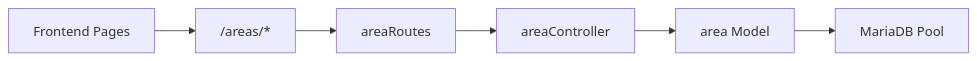
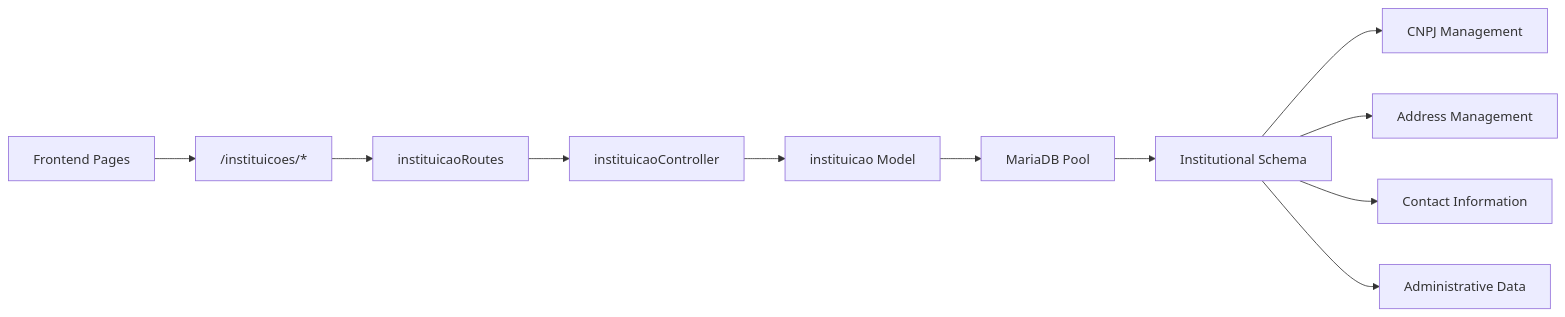
One commit to luiseduacosta/nodemural changed the sixth of 6 diagrams in .qoder/repowiki/en/content/Core Features Implementation/Institutional Management.md. Above: the diagram before and after it, drawn with Mermaid. The commit also changed other lines of this file and 27 other files, not shown here.

````diff
--- a/.qoder/repowiki/en/content/Core Features Implementation/Institutional Management.md
+++ b/.qoder/repowiki/en/content/Core Features Implementation/Institutional Management.md
@@ -319,8 +384,13 @@
 ```mermaid
 graph LR
-FE["Frontend Pages"] --> API["/areas/*"]
-API --> Routes["areaRoutes"]
-Routes --> Controller["areaController"]
-Controller --> Model["area Model"]
+FE["Frontend Pages"] --> API["/instituicoes/*"]
+API --> Routes["instituicaoRoutes"]
+Routes --> Controller["instituicaoController"]
+Controller --> Model["instituicao Model"]
 Model --> Pool["MariaDB Pool"]
+Pool --> Schema["Institutional Schema"]
+Schema --> CNPJ["CNPJ Management"]
+Schema --> Addresses["Address Management"]
+Schema --> Contacts["Contact Information"]
+Schema --> Admin["Administrative Data"]
 ```
````
